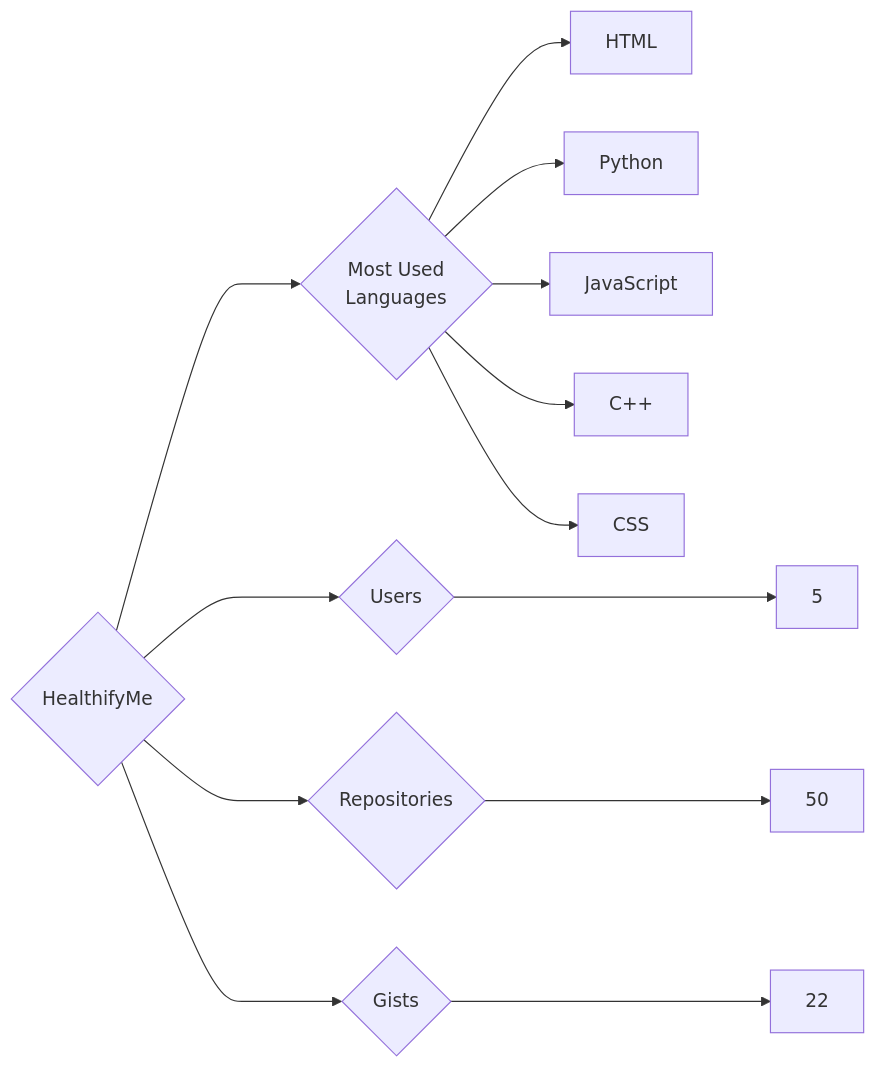
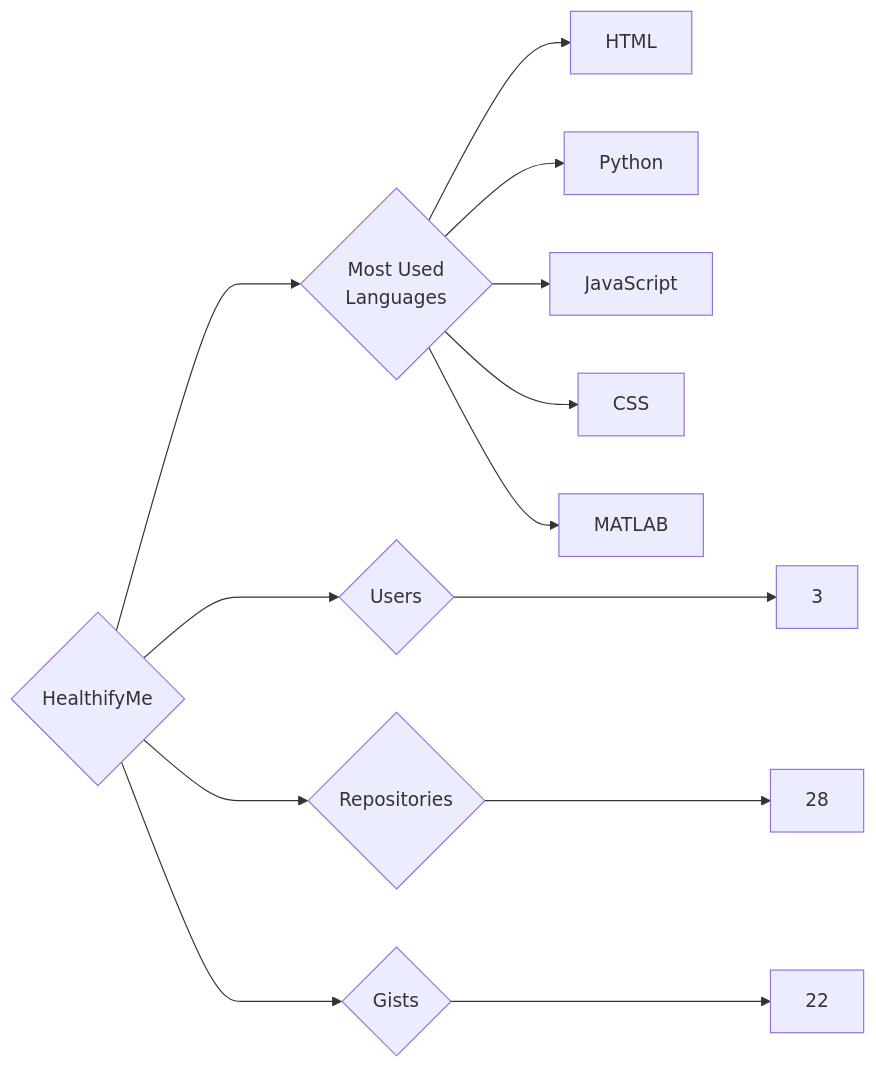
One commit to trickest/insiders changed the diagram in targets/HealthifyMe/README.md. Above: the diagram before and after it, drawn with Mermaid. The commit also changed 985 other files, not shown here.

````diff
--- a/targets/HealthifyMe/README.md
+++ b/targets/HealthifyMe/README.md
@@ -3,13 +3,13 @@
 ```mermaid
 graph LR
 COMPANY_NAME{HealthifyMe}
-COMPANY_NAME ---> U{Users} ---> UN[5]
-COMPANY_NAME ---> R{Repositories} ---> RN[50]
+COMPANY_NAME ---> U{Users} ---> UN[3]
+COMPANY_NAME ---> R{Repositories} ---> RN[28]
 COMPANY_NAME ---> G{Gists} ---> GN[22]
 COMPANY_NAME ---> ML{Most Used<br>Languages}
 ML --> HTML[HTML]
 ML --> Python[Python]
 ML --> JavaScript[JavaScript]
-ML --> C++[C++]
 ML --> CSS[CSS]
+ML --> MATLAB[MATLAB]
 ```
````
